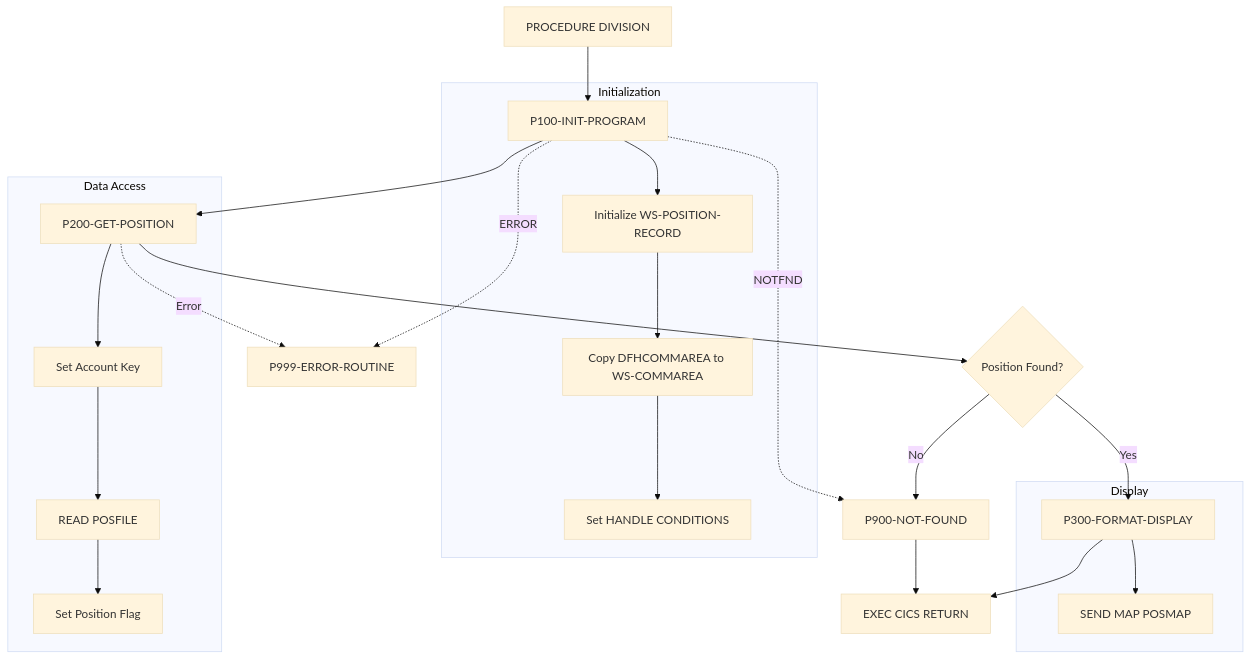
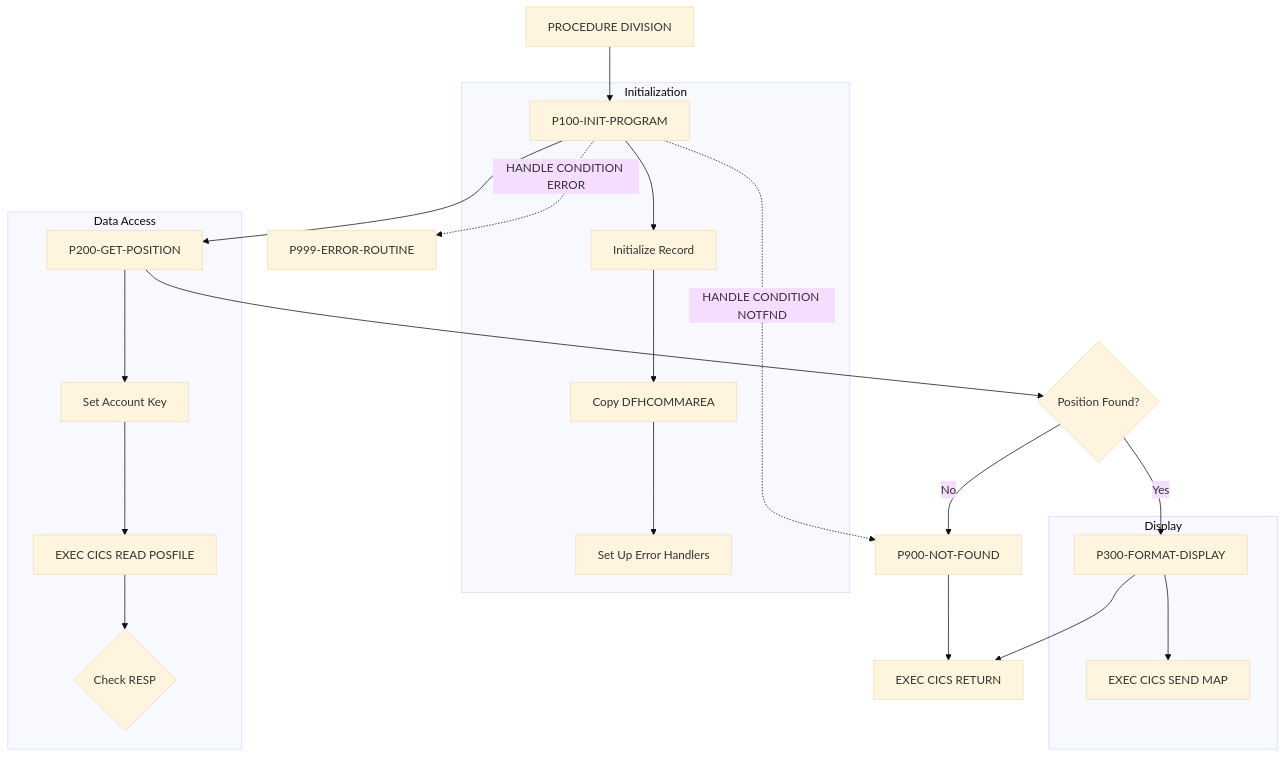
The diagram in docs/programs/INQPORT.mdx (haladir-com/legacy-benchmark-docs-vb70e1), drawn with Mermaid (base theme) before and after one commit. The commit also changed other lines of this file and 63 other files, not shown here.

````diff
--- a/docs/programs/INQPORT.mdx
+++ b/docs/programs/INQPORT.mdx
@@ -20,30 +19,29 @@
 ```mermaid
 graph TD
     A[PROCEDURE DIVISION] --> B[P100-INIT-PROGRAM]
     B --> C[P200-GET-POSITION]
     C --> D{Position Found?}
     D -->|Yes| E[P300-FORMAT-DISPLAY]
     D -->|No| F[P900-NOT-FOUND]
     E --> G[EXEC CICS RETURN]
     F --> G
     
-    B -.->|ERROR| H[P999-ERROR-ROUTINE]
-    B -.->|NOTFND| F
-    C -.->|Error| H
+    B -.->|HANDLE CONDITION ERROR| H[P999-ERROR-ROUTINE]
+    B -.->|HANDLE CONDITION NOTFND| F
     
     subgraph "Initialization"
-        B --> B1[Initialize WS-POSITION-RECORD]
-        B1 --> B2[Copy DFHCOMMAREA to WS-COMMAREA]
-        B2 --> B3[Set HANDLE CONDITIONS]
+        B --> B1[Initialize Record]
+        B1 --> B2[Copy DFHCOMMAREA]
+        B2 --> B3[Set Up Error Handlers]
     end
     
     subgraph "Data Access"
         C --> C1[Set Account Key]
-        C1 --> C2[READ POSFILE]
-        C2 --> C3[Set Position Flag]
+        C1 --> C2[EXEC CICS READ POSFILE]
+        C2 --> C3{Check RESP}
     end
     
     subgraph "Display"
-        E --> E1[SEND MAP POSMAP]
+        E --> E1[EXEC CICS SEND MAP]
     end
 ```
````
